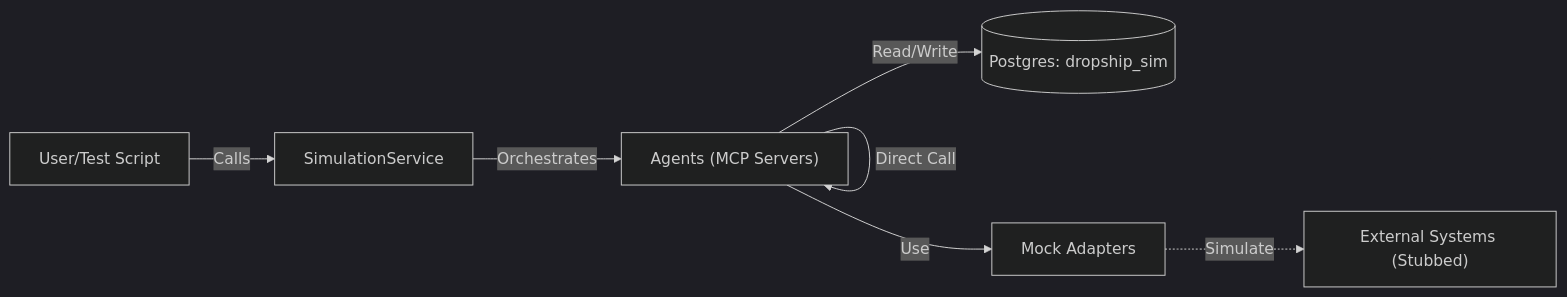
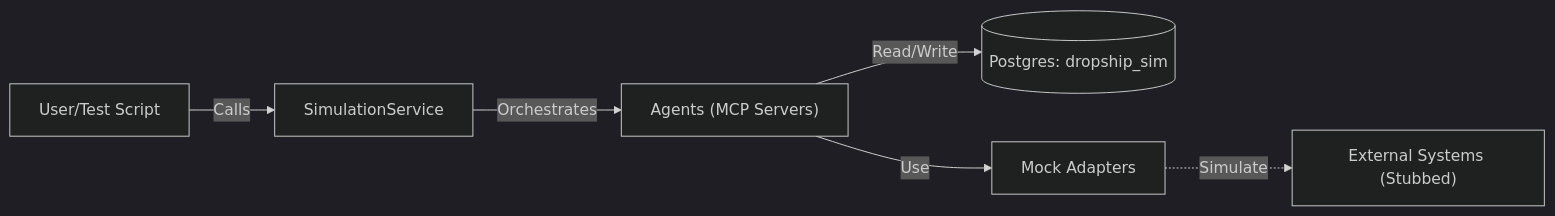
One commit to andylelli/ds1 changed the first of 2 diagrams in Documentation/Reference/ENVIRONMENT_SIMULATION_V_LIVE.md. Above: the diagram before and after it, drawn with Mermaid (dark theme). The commit also changed other lines of this file and 1 other file, not shown here.

````diff
--- a/Documentation/Reference/ENVIRONMENT_SIMULATION_V_LIVE.md
+++ b/Documentation/Reference/ENVIRONMENT_SIMULATION_V_LIVE.md
@@ -16,9 +16,8 @@
 ```mermaid
 flowchart LR
   User["User/Test Script"] -->|Calls| SimService[SimulationService]
   SimService -->|Orchestrates| Agents["Agents (MCP Servers)"]
-  Agents -->|Direct Call| Agents
   Agents -->|Read/Write| DB[("Postgres: dropship_sim")]
   Agents -->|Use| MockAdapters["Mock Adapters"]
   MockAdapters -.->|Simulate| External["External Systems (Stubbed)"]
 ```
````
